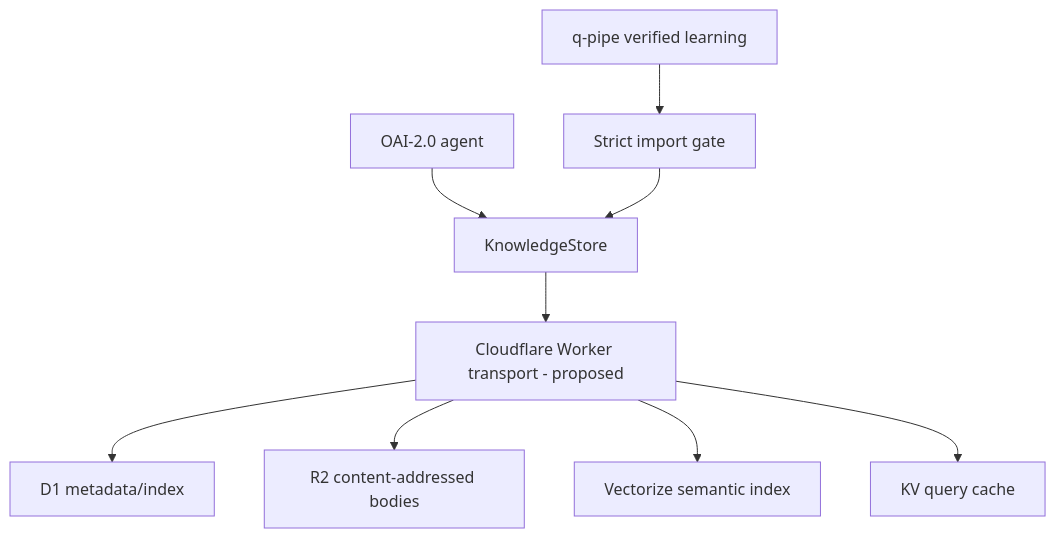
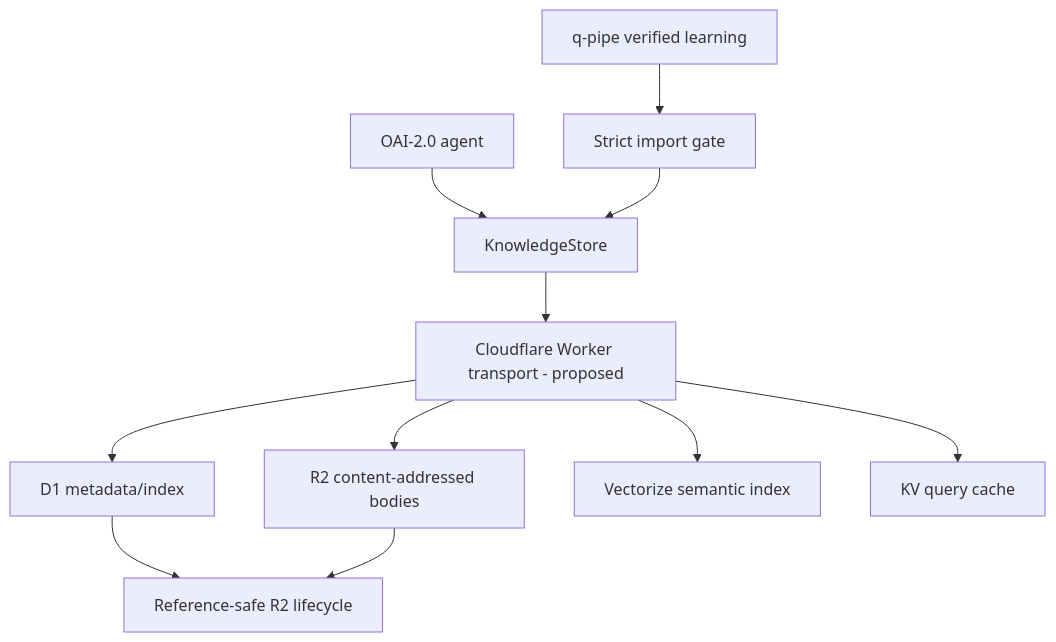
The diagram in README.md (ORCHORDS-LCC/OAI-2.0), drawn with Mermaid before and after one commit. The commit also changed other lines of this file, not shown here.

Commit message:
docs: surface experimental R2 lifecycle work

````diff
--- a/README.md
+++ b/README.md
@@ -74,11 +76,13 @@
 ```mermaid
 flowchart TD
     A[OAI-2.0 agent] --> K[KnowledgeStore]
     K --> W[Cloudflare Worker transport - proposed]
     W --> D[D1 metadata/index]
     W --> R[R2 content-addressed bodies]
     W --> V[Vectorize semantic index]
     W --> C[KV query cache]
+    D --> GC[Reference-safe R2 lifecycle]
+    R --> GC
     Q[q-pipe verified learning] --> I[Strict import gate]
     I --> K
 ```
````
